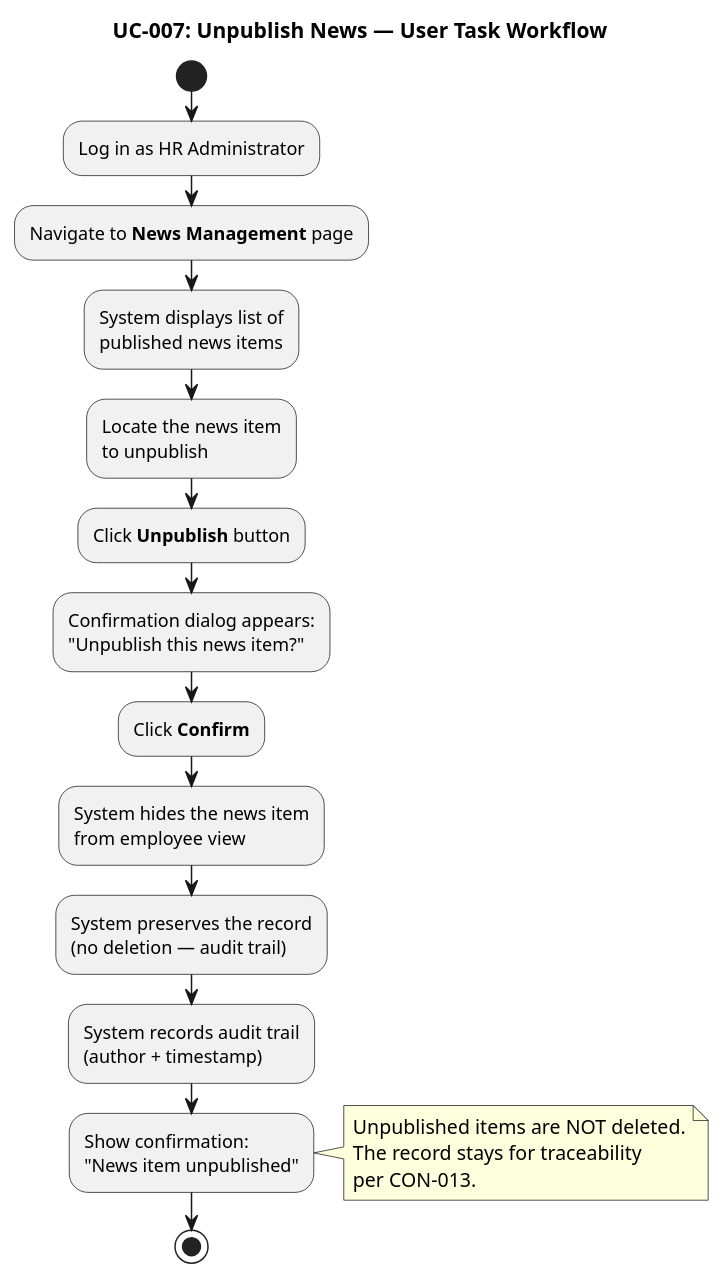
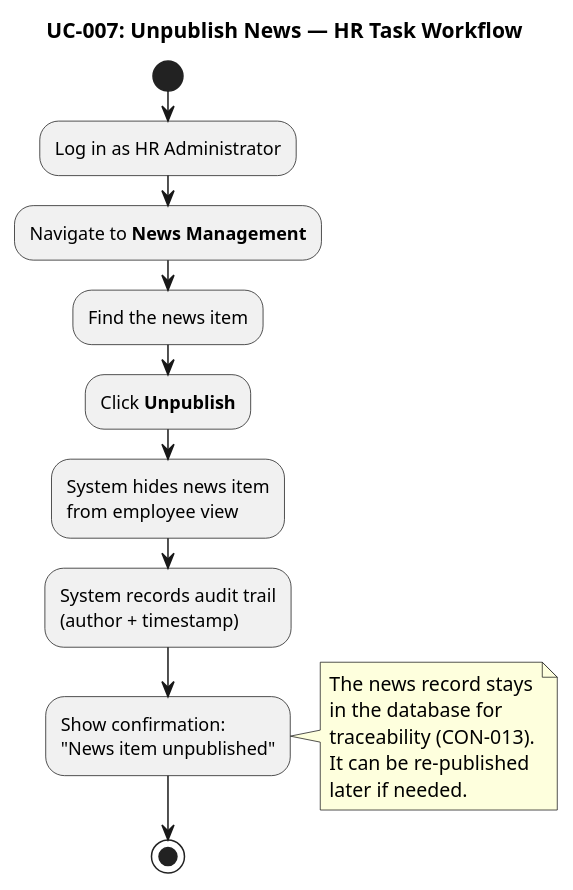
One commit to banense-test/portal-cuba-corp changed the fifth of 10 diagrams in docs/artifacts/deployment/user-documentation.md. Above: the diagram before and after it, drawn with PlantUML. The commit also changed other lines of this file, not shown here.

First line of the commit message:
Technical Writer [C2]: upsert User Documentation

````diff
--- a/docs/artifacts/deployment/user-documentation.md
+++ b/docs/artifacts/deployment/user-documentation.md
@@ -294,30 +311,28 @@
 ```plantuml
 @startuml
-title UC-007: Unpublish News — User Task Workflow
+title UC-007: Unpublish News — HR Task Workflow
 
 skinparam activityStyle rounded
 
 start
 :Log in as HR Administrator;
-:Navigate to **News Management** page;
-:System displays list of\npublished news items;
-:Locate the news item\nto unpublish;
-:Click **Unpublish** button;
-:Confirmation dialog appears:\n"Unpublish this news item?";
-:Click **Confirm**;
+:Navigate to **News Management**;
+:Find the news item;
+:Click **Unpublish**;
 
-:System hides the news item\nfrom employee view;
-:System preserves the record\n(no deletion — audit trail);
+:System hides news item\nfrom employee view;
 :System records audit trail\n(author + timestamp);
 :Show confirmation:\n"News item unpublished";
 
 note right
-  Unpublished items are NOT deleted.
-  The record stays for traceability
-  per CON-013.
+  The news record stays
+  in the database for
+  traceability (CON-013).
+  It can be re-published
+  later if needed.
 end note
 
 stop
 
 @enduml
 ```
````
